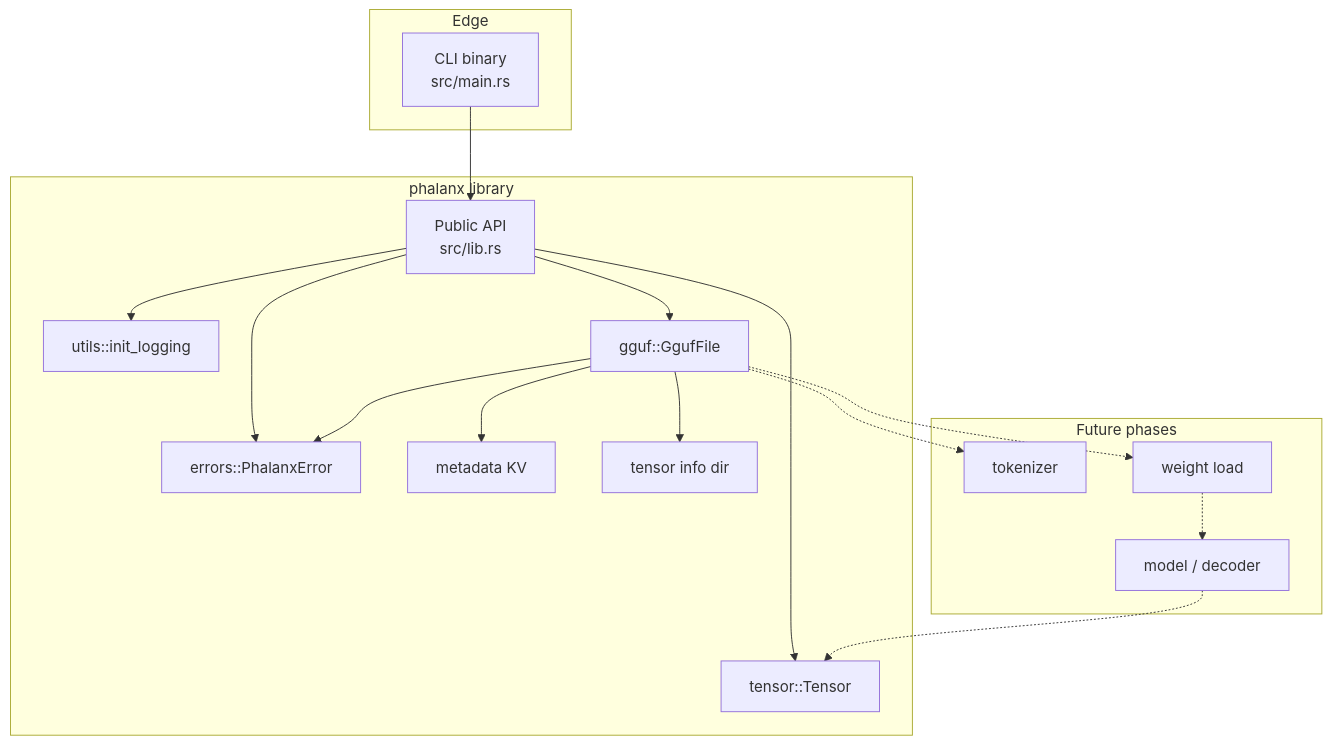
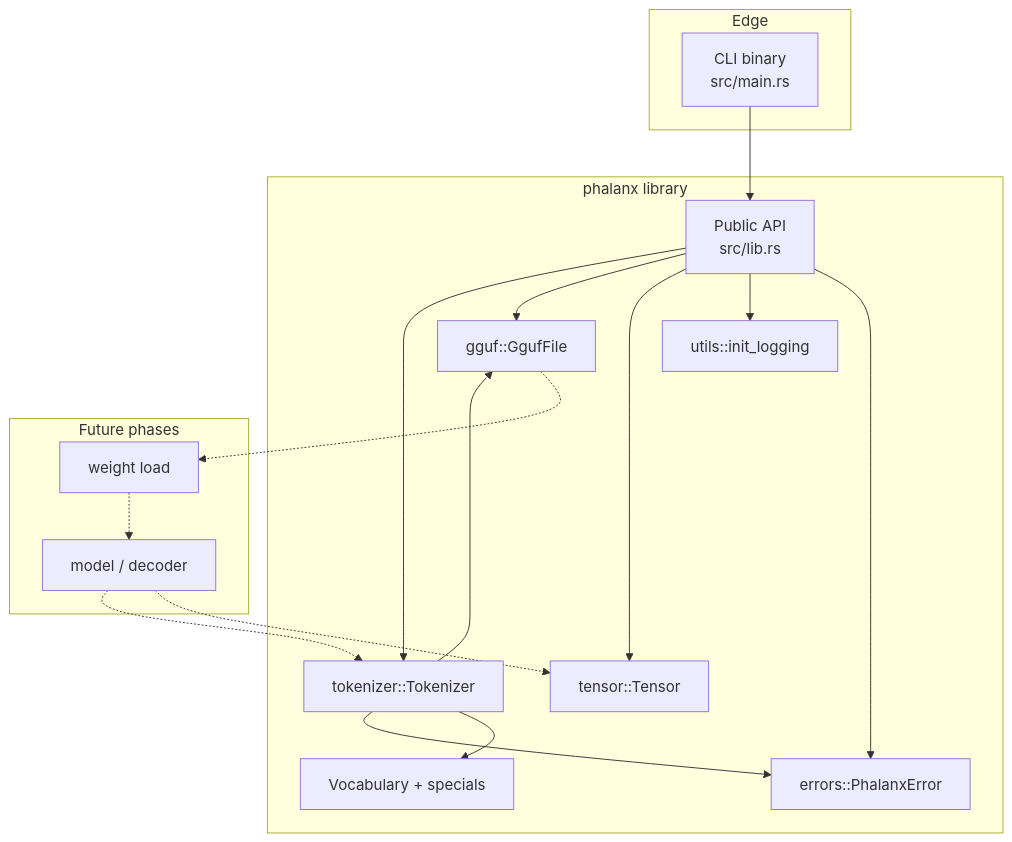
One commit to 404khai/phalanx changed the diagram in README.md. Above: the diagram before and after it, drawn with Mermaid. The commit also changed other lines of this file and 20 other files, not shown here.

First line of the commit message:
feat(tokenizer): load GGUF vocabulary and encode/decode text

````diff
--- a/README.md
+++ b/README.md
@@ -40,35 +44,35 @@
 ```mermaid
 flowchart TB
     subgraph edge [Edge]
         CLI["CLI binary<br/>src/main.rs"]
     end
 
     subgraph library [phalanx library]
         API["Public API<br/>src/lib.rs"]
         Errors["errors::PhalanxError"]
         Utils["utils::init_logging"]
         Tensor["tensor::Tensor"]
         GGUF["gguf::GgufFile"]
-        Meta["metadata KV"]
-        TInfo["tensor info dir"]
+        Tok["tokenizer::Tokenizer"]
+        Vocab["Vocabulary + specials"]
     end
 
     subgraph future [Future phases]
-        Tok["tokenizer"]
         Weights["weight load"]
         Model["model / decoder"]
     end
 
     CLI --> API
     API --> Errors
     API --> Utils
     API --> Tensor
     API --> GGUF
-    GGUF --> Meta
-    GGUF --> TInfo
-    GGUF --> Errors
-    GGUF -.-> Tok
+    API --> Tok
+    Tok --> GGUF
+    Tok --> Vocab
+    Tok --> Errors
     GGUF -.-> Weights
     Weights -.-> Model
     Model -.-> Tensor
+    Model -.-> Tok
 ```
````
